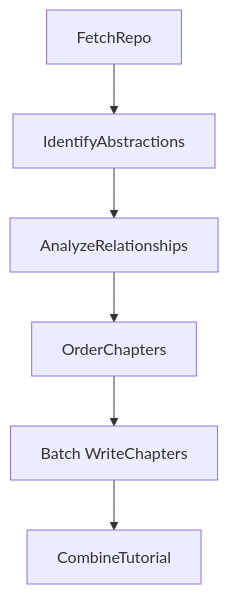
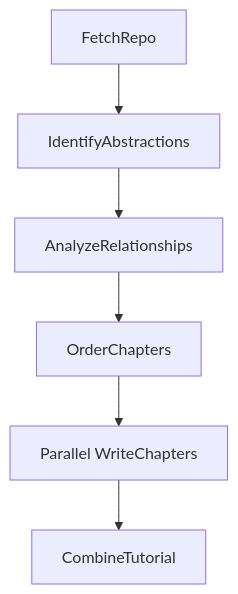
The diagram in docs/design.md (RayLin24/quick-study), drawn with Mermaid before and after one commit. The commit also changed other lines of this file and 25 other files, not shown here.

````diff
--- a/docs/design.md
+++ b/docs/design.md
@@ -53,8 +53,8 @@
 ```mermaid
 flowchart TD
     A[FetchRepo] --> B[IdentifyAbstractions];
     B --> C[AnalyzeRelationships];
     C --> D[OrderChapters];
-    D --> E[Batch WriteChapters];
+    D --> E[Parallel WriteChapters];
     E --> F[CombineTutorial];
 ```
````
